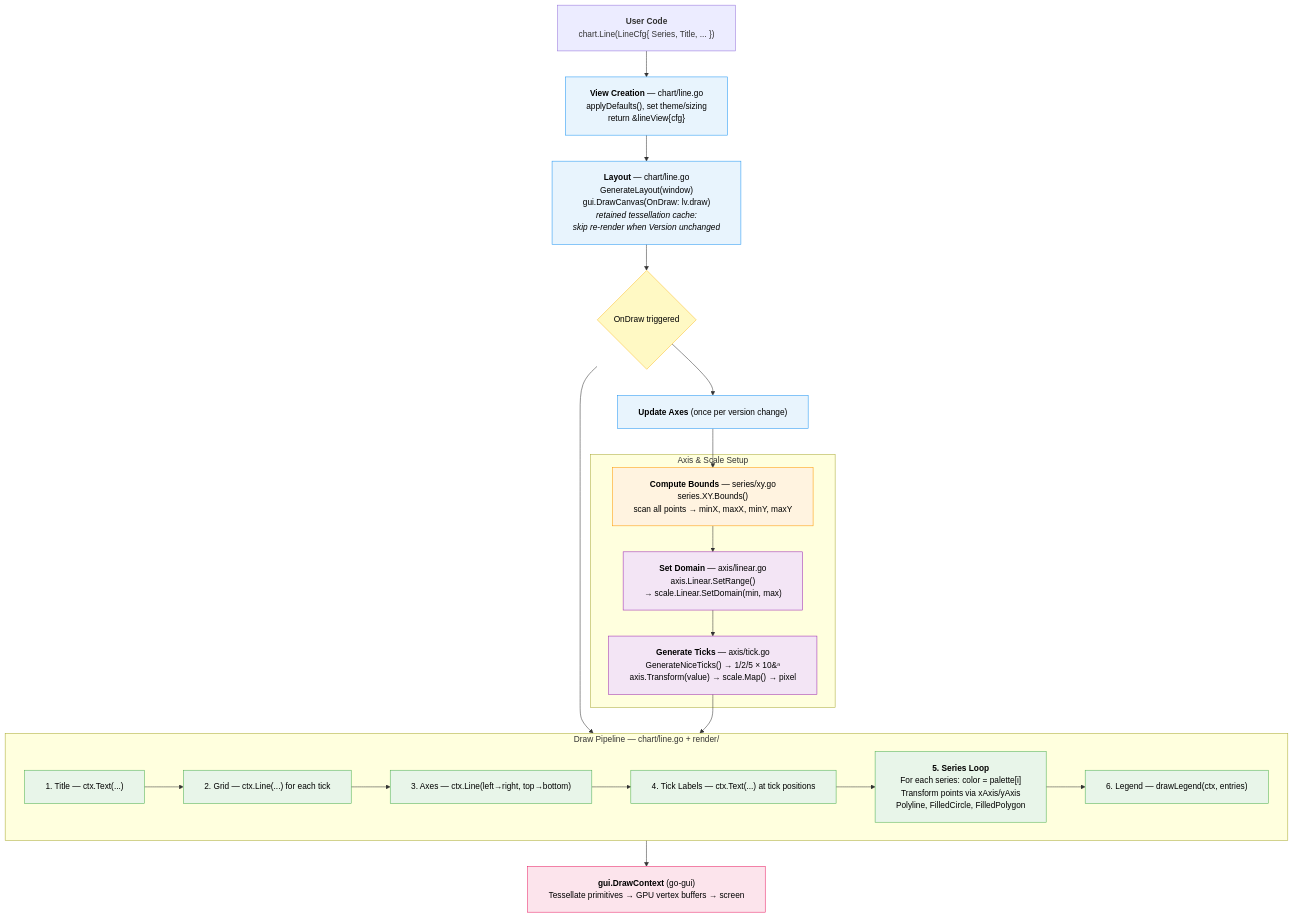
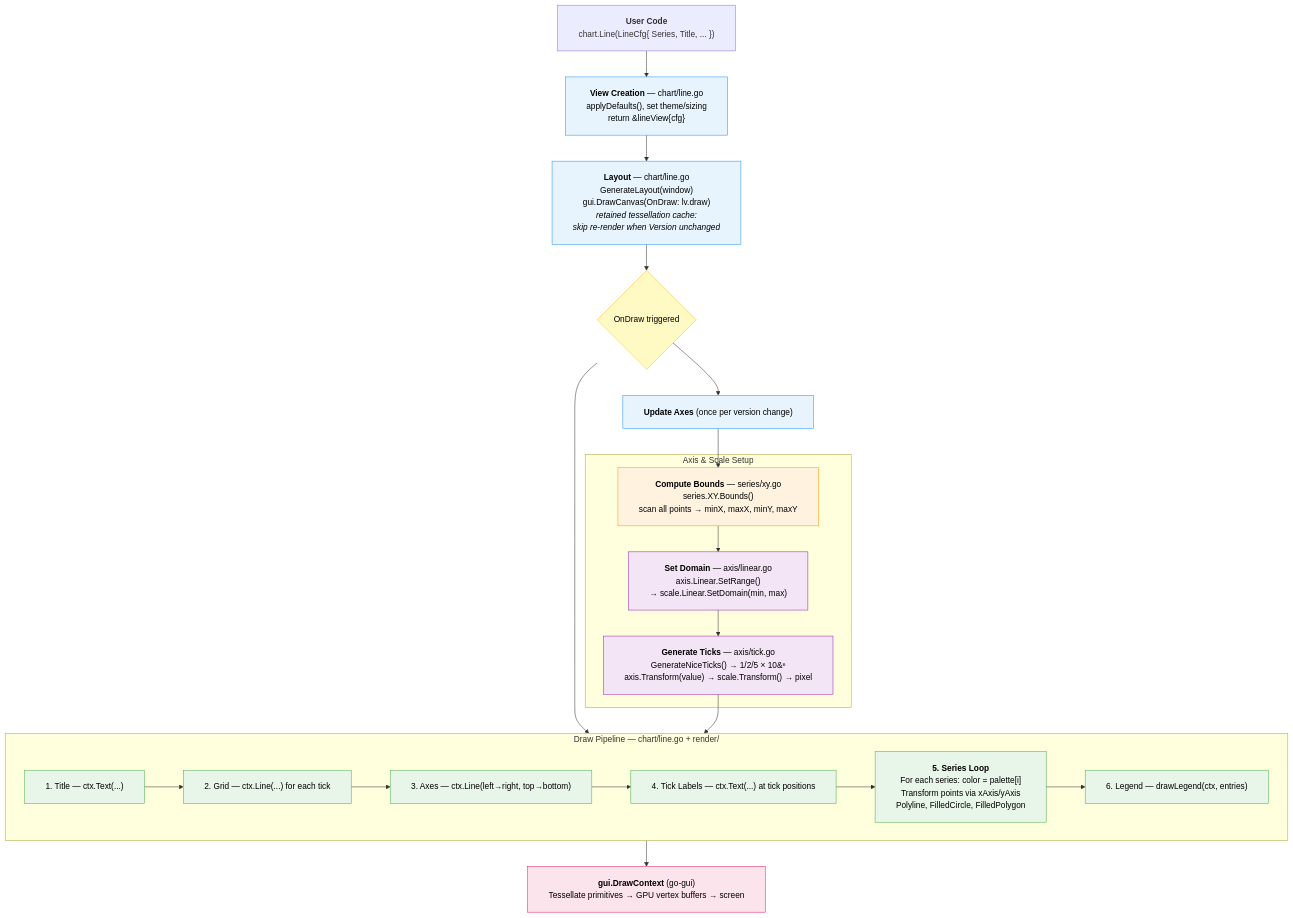
Before and after one commit to mike-ward/go-charts: the diagram in docs/architecture.md, drawn with Mermaid. The commit also changed other lines of this file and 22 other files, not shown here.

````diff
--- a/docs/architecture.md
+++ b/docs/architecture.md
@@ -5,36 +5,36 @@
 ```mermaid
 %%{init: {"flowchart": {"wrappingWidth": 800, "padding": 20}} }%%
 flowchart TD
     A["<b>User Code</b><br/>chart.Line(LineCfg{ Series, Title, ... })"] --> B
 
     B["<b>View Creation</b> &mdash; chart/line.go<br/>applyDefaults(), set theme/sizing<br/>return &lineView{cfg}"]:::pkg_chart --> C
 
     C["<b>Layout</b> &mdash; chart/line.go<br/>GenerateLayout(window)<br/>gui.DrawCanvas(OnDraw: lv.draw)<br/><i>retained tessellation cache:<br/>skip re-render when Version unchanged</i>"]:::pkg_chart --> D
 
     D{"OnDraw triggered"}:::decision --> E
     D --> H
 
     E["<b>Update Axes</b> (once per version change)"]:::pkg_chart --> E1
 
     subgraph axes ["Axis & Scale Setup"]
         E1["<b>Compute Bounds</b> &mdash; series/xy.go<br/>series.XY.Bounds()<br/>scan all points &rarr; minX, maxX, minY, maxY"]:::pkg_series --> E2
         E2["<b>Set Domain</b> &mdash; axis/linear.go<br/>axis.Linear.SetRange()<br/>&rarr; scale.Linear.SetDomain(min, max)"]:::pkg_axis --> E3
-        E3["<b>Generate Ticks</b> &mdash; axis/tick.go<br/>GenerateNiceTicks() &rarr; 1/2/5 &times; 10&#8319;<br/>axis.Transform(value) &rarr; scale.Map() &rarr; pixel"]:::pkg_axis
+        E3["<b>Generate Ticks</b> &mdash; axis/tick.go<br/>GenerateNiceTicks() &rarr; 1/2/5 &times; 10&#8319;<br/>axis.Transform(value) &rarr; scale.Transform() &rarr; pixel"]:::pkg_axis
     end
 
     E3 --> H
 
     subgraph draw ["Draw Pipeline &mdash; chart/line.go + render/"]
         direction LR
         H["1. Title &mdash; ctx.Text(...)"]:::pkg_render --> I["2. Grid &mdash; ctx.Line(...) for each tick"]:::pkg_render --> J["3. Axes &mdash; ctx.Line(left&rarr;right, top&rarr;bottom)"]:::pkg_render --> K["4. Tick Labels &mdash; ctx.Text(...) at tick positions"]:::pkg_render --> L["<b>5. Series Loop</b><br/>For each series: color = palette[i]<br/>Transform points via xAxis/yAxis<br/>Polyline, FilledCircle, FilledPolygon"]:::pkg_render --> M["6. Legend &mdash; drawLegend(ctx, entries)"]:::pkg_render
     end
 
     M --> N["<b>gui.DrawContext</b> (go-gui)<br/>Tessellate primitives &rarr; GPU vertex buffers &rarr; screen"]:::pkg_gui
 
     classDef pkg_chart fill:#e8f4fd,stroke:#2196F3,color:#000
     classDef pkg_series fill:#fff3e0,stroke:#FF9800,color:#000
     classDef pkg_axis fill:#f3e5f5,stroke:#9C27B0,color:#000
     classDef pkg_render fill:#e8f5e9,stroke:#4CAF50,color:#000
     classDef pkg_gui fill:#fce4ec,stroke:#E91E63,color:#000
     classDef decision fill:#fff9c4,stroke:#FBC02D,color:#000
 ```
````
